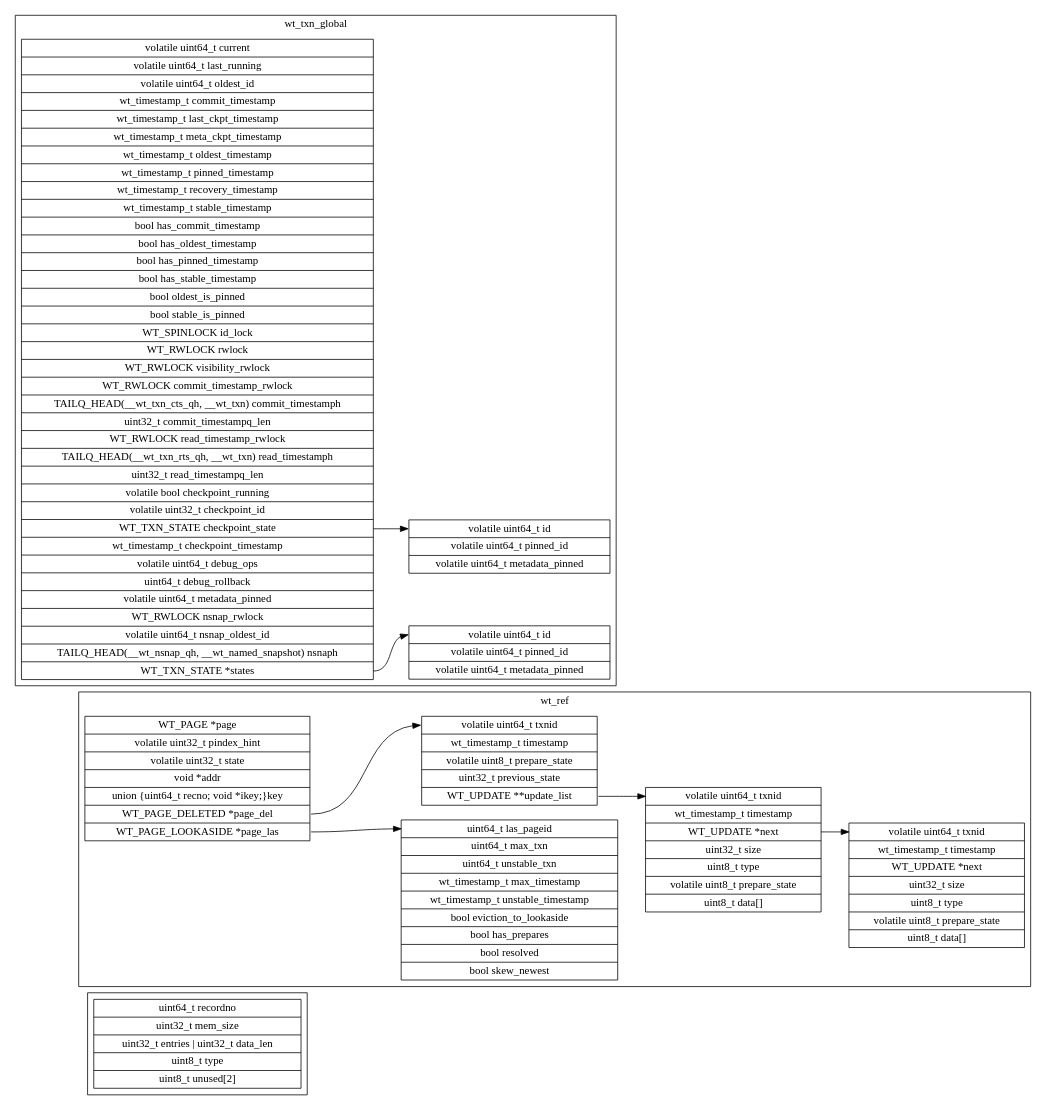
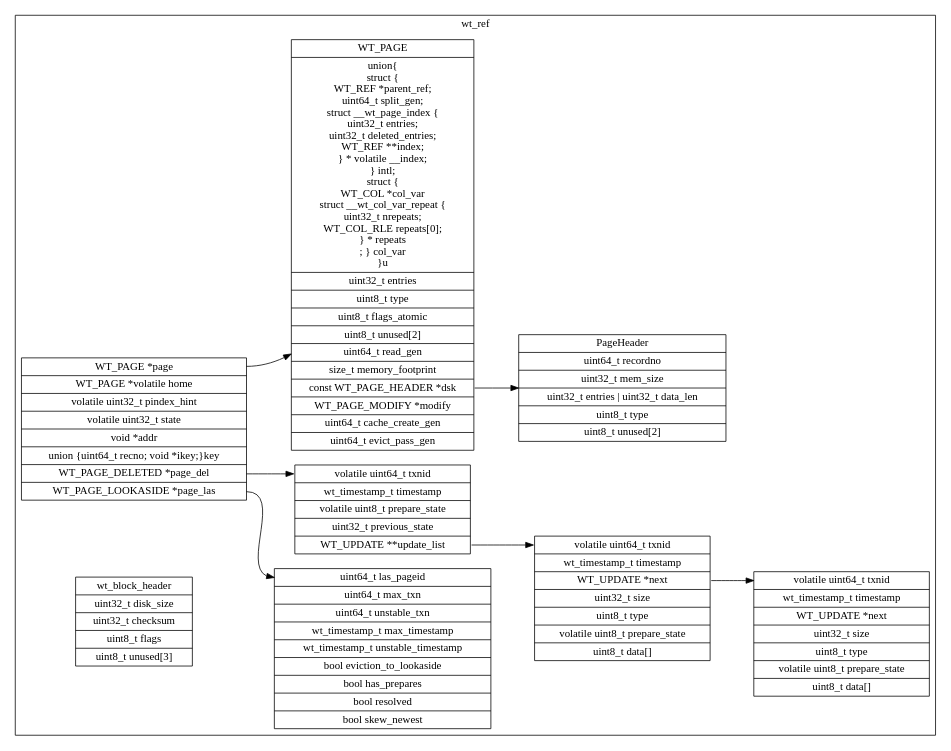
The diagram in page.dot (ghostwyd/wiredtiger_data_structure), drawn with Graphviz before and after one commit. The commit also changed 12 other files, not shown here.

```diff
--- a/page.dot
+++ b/page.dot
@@ -1,32 +1,54 @@
 digraph Page {
     rankdir=LR;
-    subgraph cluster_PageHeader {
-        node[shape=record];
-        header[label="uint64_t recordno|uint32_t mem_size|uint32_t entries \| uint32_t data_len|uint8_t type|uint8_t unused[2]"];
-    }
-
-    subgraph cluster_Ref {
+    subgraph cluster_wt_ref {
         node[shape=record]
         label="wt_ref"
-        wt_ref[label="WT_PAGE *page|volatile uint32_t pindex_hint|volatile uint32_t state|void *addr|union \{uint64_t recno; void *ikey;\}key|<delete> WT_PAGE_DELETED *page_del|<las> WT_PAGE_LOOKASIDE *page_las"];
+        wt_page[label="WT_PAGE|union\{\n
+         struct \{\n
+            WT_REF *parent_ref;\n 
+            uint64_t split_gen;\n
+            struct __wt_page_index \{\n
+                uint32_t entries;\n
+                uint32_t deleted_entries;\n
+                WT_REF **index;\n
+            \} * volatile __index;\n 
+        \} intl;\n 
+         struct \{\n
+            WT_COL *col_var\n
+            struct __wt_col_var_repeat \{\n
+                uint32_t nrepeats;     \n
+                WT_COL_RLE repeats[0]; \n 
+            \} * repeats\n;
+        \} col_var\n
+        \}u|
+        uint32_t entries|
+        uint8_t type|
+        uint8_t flags_atomic|
+        uint8_t unused[2]|
+        uint64_t read_gen|
+        size_t memory_footprint|
+        <page_header> const WT_PAGE_HEADER *dsk| 
+        WT_PAGE_MODIFY *modify|
+        uint64_t cache_create_gen|
+        uint64_t evict_pass_gen"
+        ]
+        wt_ref[label="<page> WT_PAGE *page| WT_PAGE *volatile home|volatile uint32_t pindex_hint|volatile uint32_t state|void *addr|union \{uint64_t recno; void *ikey;\}key|<delete> WT_PAGE_DELETED *page_del|<las> WT_PAGE_LOOKASIDE *page_las"];
         wt_update[label="<header> volatile uint64_t txnid|wt_timestamp_t timestamp|<next> WT_UPDATE *next|uint32_t size|uint8_t type|volatile uint8_t prepare_state|uint8_t data[]"];
         wt_update2[label="<header> volatile uint64_t txnid|wt_timestamp_t timestamp|<next> WT_UPDATE *next|uint32_t size|uint8_t type|volatile uint8_t prepare_state|uint8_t data[]"];
         wt_page_deleted[label="<header> volatile uint64_t txnid|wt_timestamp_t timestamp|volatile uint8_t prepare_state|uint32_t previous_state|<update_list> WT_UPDATE **update_list"];
         wt_page_lookaside[label="<header> uint64_t las_pageid|uint64_t max_txn|uint64_t unstable_txn|wt_timestamp_t max_timestamp|wt_timestamp_t unstable_timestamp|bool eviction_to_lookaside|bool has_prepares|bool resolved|bool skew_newest"]
+        page_header[label="PageHeader|uint64_t recordno|uint32_t mem_size|uint32_t entries \| uint32_t data_len|uint8_t type|uint8_t unused[2]"];
+        block_header[label="
+            wt_block_header|uint32_t disk_size|
+            uint32_t checksum|
+            uint8_t flags|
+            uint8_t unused[3]
+        "]
         wt_update:next ->wt_update2:header;
         wt_page_deleted:update_list -> wt_update:header;
         wt_ref:delete -> wt_page_deleted:header;
         wt_ref:las -> wt_page_lookaside:header
-    }
-    subgraph cluster_txn_global {
-        label="wt_txn_global";
-        node[shape=record];
-        wt_txn_global[label="volatile uint64_t current| volatile uint64_t last_running|volatile uint64_t oldest_id|wt_timestamp_t commit_timestamp| wt_timestamp_t last_ckpt_timestamp|wt_timestamp_t meta_ckpt_timestamp|wt_timestamp_t oldest_timestamp|wt_timestamp_t pinned_timestamp|wt_timestamp_t recovery_timestamp|wt_timestamp_t stable_timestamp|bool has_commit_timestamp|bool has_oldest_timestamp|bool has_pinned_timestamp|bool has_stable_timestamp|bool
-        oldest_is_pinned|bool stable_is_pinned|WT_SPINLOCK id_lock|WT_RWLOCK rwlock|WT_RWLOCK visibility_rwlock|WT_RWLOCK commit_timestamp_rwlock|TAILQ_HEAD(__wt_txn_cts_qh, __wt_txn) commit_timestamph|uint32_t commit_timestampq_len|WT_RWLOCK read_timestamp_rwlock|TAILQ_HEAD(__wt_txn_rts_qh, __wt_txn) read_timestamph|uint32_t read_timestampq_len|volatile bool checkpoint_running|volatile uint32_t
-        checkpoint_id|<checkpoint_state> WT_TXN_STATE checkpoint_state|wt_timestamp_t checkpoint_timestamp|volatile uint64_t debug_ops|uint64_t debug_rollback|volatile uint64_t metadata_pinned|WT_RWLOCK nsnap_rwlock|volatile uint64_t nsnap_oldest_id|TAILQ_HEAD(__wt_nsnap_qh, __wt_named_snapshot) nsnaph|<txn_state> WT_TXN_STATE *states"]
-       txn_state[label="<header> volatile uint64_t id| volatile uint64_t pinned_id|volatile uint64_t metadata_pinned"] 
-       txn_state2[label="<header> volatile uint64_t id| volatile uint64_t pinned_id|volatile uint64_t metadata_pinned"] 
-       wt_txn_global:txn_state -> txn_state:header
-       wt_txn_global:checkpoint_state -> txn_state2:header
+        wt_ref:page -> wt_page
+        wt_page:page_header -> page_header
     }
 }
```
